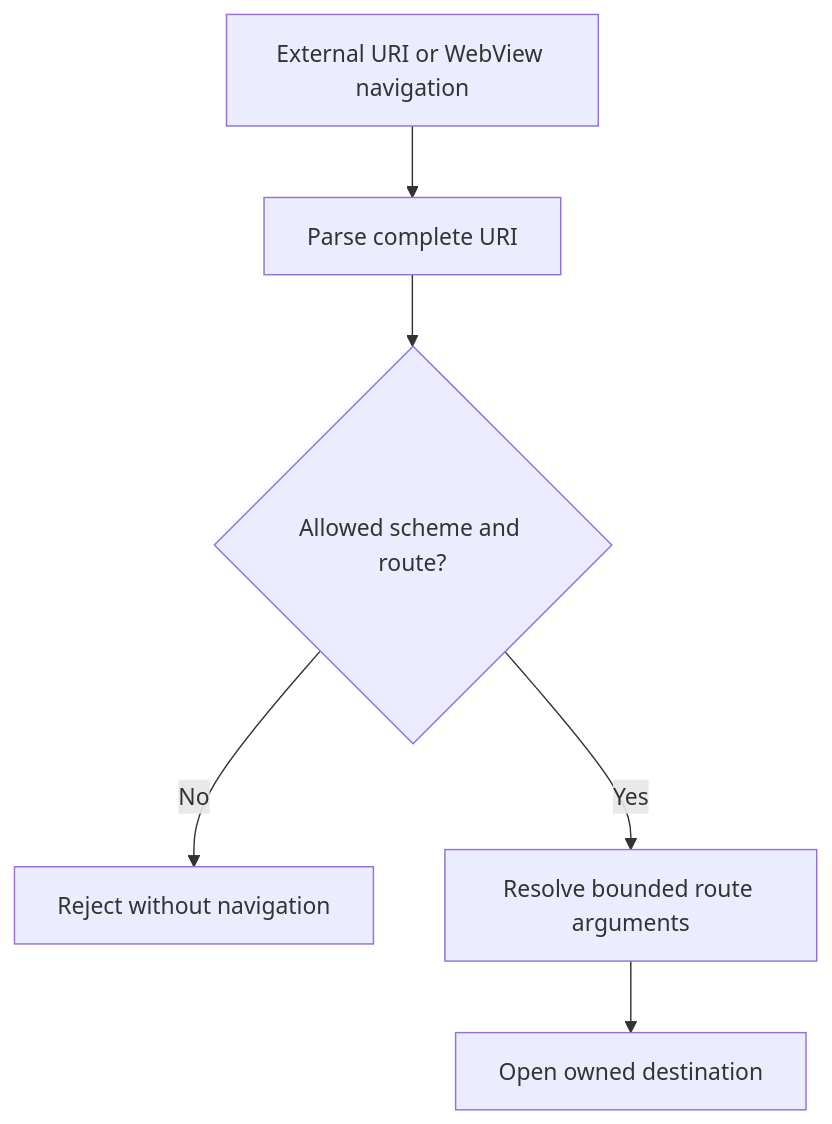
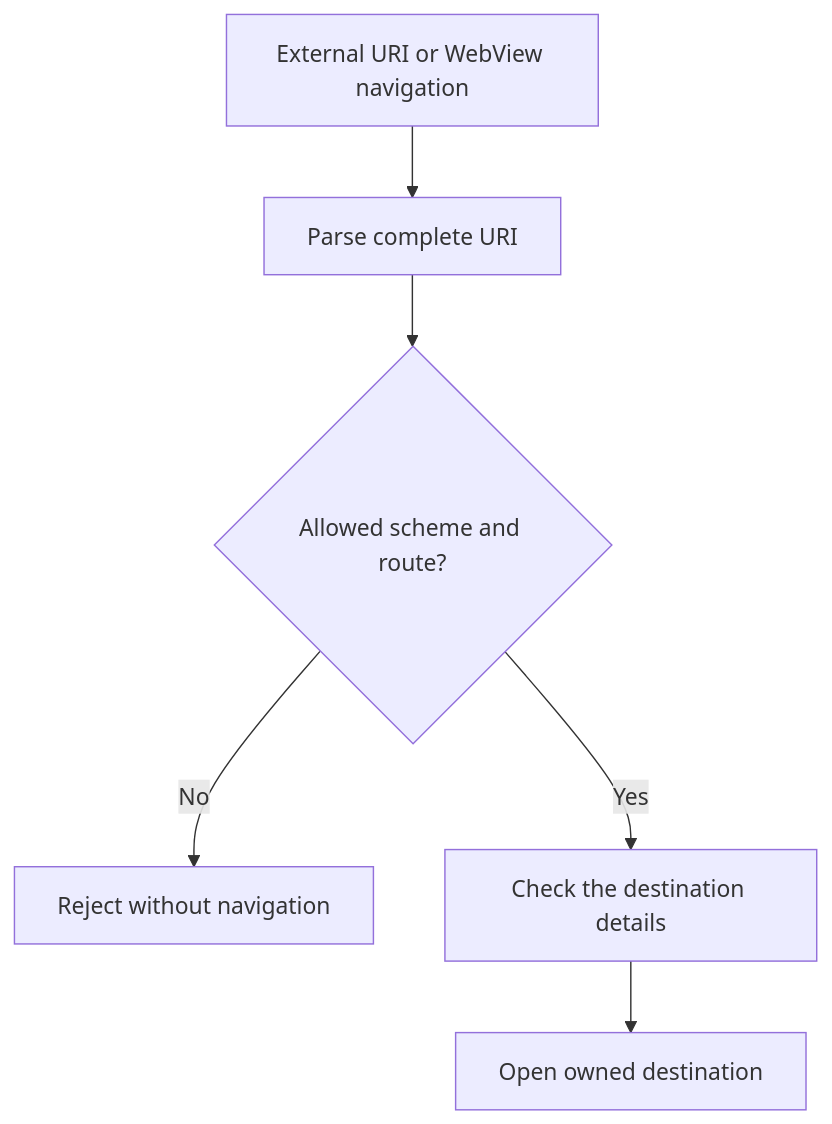
One commit to FancyCorey/komikku-KMK changed the first of 4 diagrams in docs/kmk/diagrams/security-and-integration.md. Above: the diagram before and after it, drawn with Mermaid. The commit also changed other lines of this file and 23 other files, not shown here.

````diff
--- a/docs/kmk/diagrams/security-and-integration.md
+++ b/docs/kmk/diagrams/security-and-integration.md
@@ -5,8 +5,8 @@
 ```mermaid
 flowchart TD
     Input["External URI or WebView navigation"] --> Parse["Parse complete URI"]
     Parse --> Allowed{"Allowed scheme and route?"}
     Allowed -->|No| Reject["Reject without navigation"]
-    Allowed -->|Yes| Sanitize["Resolve bounded route arguments"]
+    Allowed -->|Yes| Sanitize["Check the destination details"]
     Sanitize --> Navigate["Open owned destination"]
 ```
````
